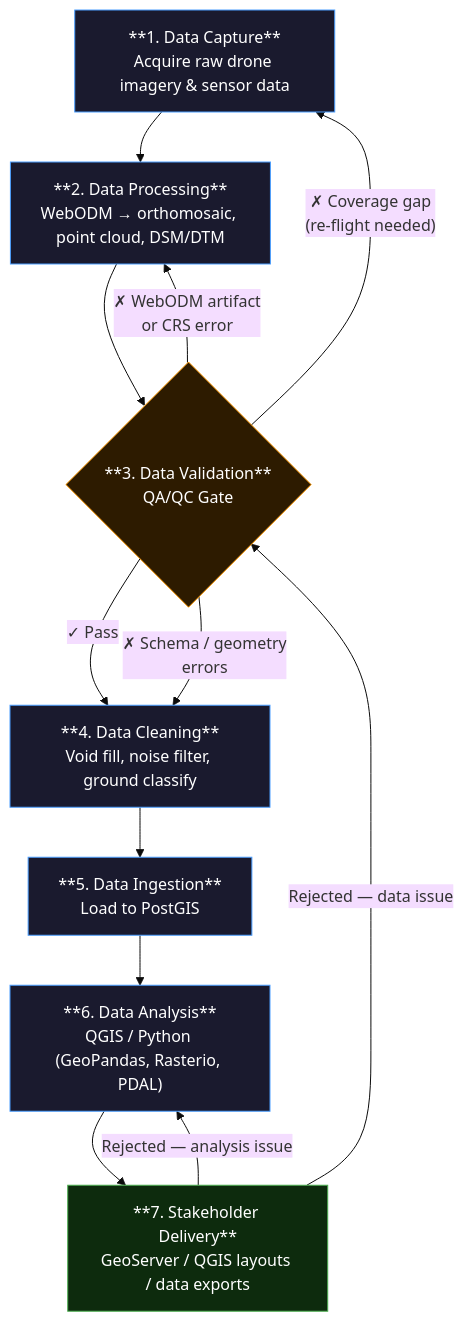
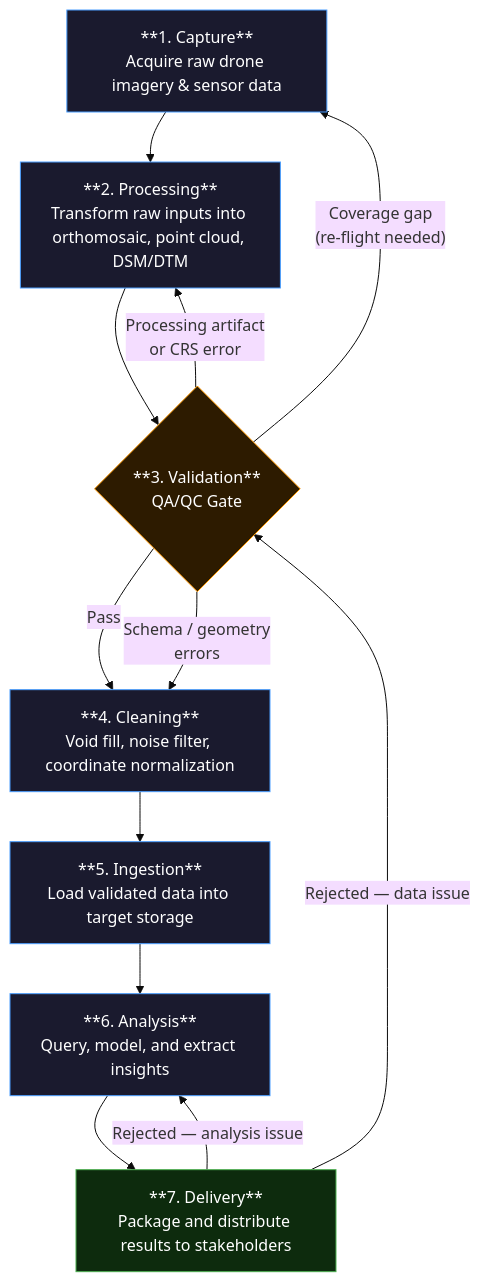
Before and after one commit to kibwehoward/pigeon-sight: the diagram in diagrams/workflow.md, drawn with Mermaid (base theme). The commit also changed other lines of this file, not shown here.

Commit message:
Update workflow diagram stage labels to match renamed stages

````diff
--- a/diagrams/workflow.md
+++ b/diagrams/workflow.md
@@ -3,33 +3,33 @@
 ```mermaid
 flowchart TD
-    CAP["**1. Data Capture**<br/>Acquire raw drone imagery & sensor data"]
-    PRO["**2. Data Processing**<br/>WebODM → orthomosaic, point cloud, DSM/DTM"]
-    VAL{"**3. Data Validation**<br/>QA/QC Gate"}
-    CLN["**4. Data Cleaning**<br/>Void fill, noise filter, ground classify"]
-    ING["**5. Data Ingestion**<br/>Load to PostGIS"]
-    ANA["**6. Data Analysis**<br/>QGIS / Python (GeoPandas, Rasterio, PDAL)"]
-    DEL["**7. Stakeholder Delivery**<br/>GeoServer / QGIS layouts / data exports"]
+    CAP["**1. Capture**<br/>Acquire raw drone imagery & sensor data"]
+    PRO["**2. Processing**<br/>Transform raw inputs into orthomosaic, point cloud, DSM/DTM"]
+    VAL{"**3. Validation**<br/>QA/QC Gate"}
+    CLN["**4. Cleaning**<br/>Void fill, noise filter, coordinate normalization"]
+    ING["**5. Ingestion**<br/>Load validated data into target storage"]
+    ANA["**6. Analysis**<br/>Query, model, and extract insights"]
+    DEL["**7. Delivery**<br/>Package and distribute results to stakeholders"]
 
     CAP --> PRO
     PRO --> VAL
 
-    VAL -->|"✓ Pass"| CLN
-    VAL -->|"✗ Coverage gap<br/>(re-flight needed)"| CAP
-    VAL -->|"✗ WebODM artifact<br/>or CRS error"| PRO
-    VAL -->|"✗ Schema / geometry<br/>errors"| CLN
+    VAL -->|"Pass"| CLN
+    VAL -->|"Coverage gap<br/>(re-flight needed)"| CAP
+    VAL -->|"Processing artifact<br/>or CRS error"| PRO
+    VAL -->|"Schema / geometry<br/>errors"| CLN
 
     CLN --> ING
     ING --> ANA
     ANA --> DEL
 
     DEL -->|"Rejected — analysis issue"| ANA
     DEL -->|"Rejected — data issue"| VAL
 
     style CAP fill:#1a1a2e,color:#fff,stroke:#4a9eff
     style PRO fill:#1a1a2e,color:#fff,stroke:#4a9eff
     style VAL fill:#2d1b00,color:#fff,stroke:#ff9900
     style CLN fill:#1a1a2e,color:#fff,stroke:#4a9eff
     style ING fill:#1a1a2e,color:#fff,stroke:#4a9eff
     style ANA fill:#1a1a2e,color:#fff,stroke:#4a9eff
     style DEL fill:#0d2b0d,color:#fff,stroke:#4caf50
 ```
````
